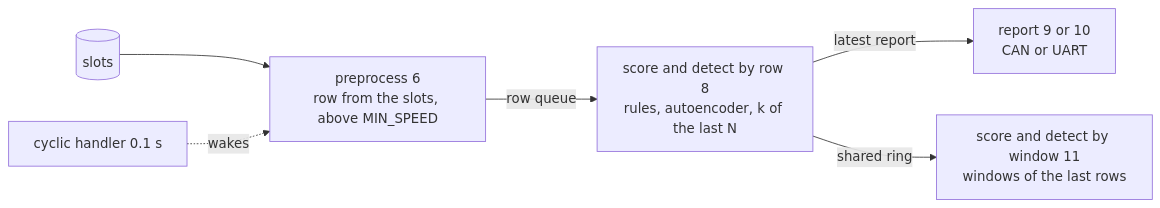
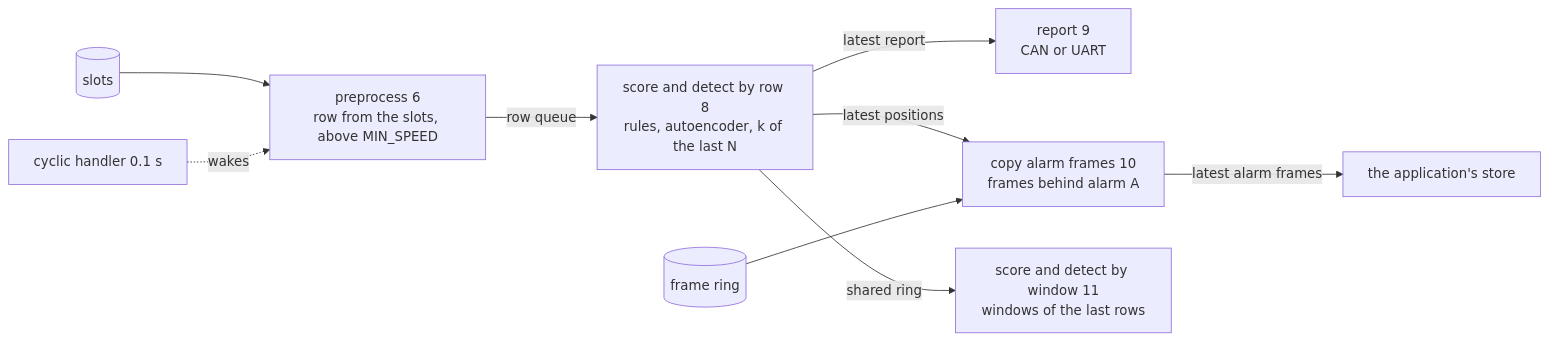
Before and after one commit to asana17/ai_can_anomaly_detection: the diagram in board/lib/ai_can_anomaly_detection_tasks/README.md, drawn with Mermaid. The commit also changed other lines of this file and 7 other files, not shown here.

Commit message:
feat(board): copy the frames behind alarm A above the windowed model

````diff
--- a/board/lib/ai_can_anomaly_detection_tasks/README.md
+++ b/board/lib/ai_can_anomaly_detection_tasks/README.md
@@ -12,8 +12,11 @@
 ```mermaid
 flowchart LR
     slots[(slots)] --> pre["preprocess 6<br/>row from the slots, above MIN_SPEED"]
     tick[cyclic handler 0.1 s] -. wakes .-> pre
     pre -- row queue --> sd["score and detect by row 8<br/>rules, autoencoder, k of the last N"]
-    sd -- latest report --> report["report 9 or 10<br/>CAN or UART"]
+    sd -- latest report --> report["report 9<br/>CAN or UART"]
+    sd -- latest positions --> copy["copy alarm frames 10<br/>frames behind alarm A"]
+    frames[(frame ring)] --> copy
+    copy -- latest alarm frames --> store["the application's store"]
     sd -- shared ring --> win["score and detect by window 11<br/>windows of the last rows"]
 ```
````
